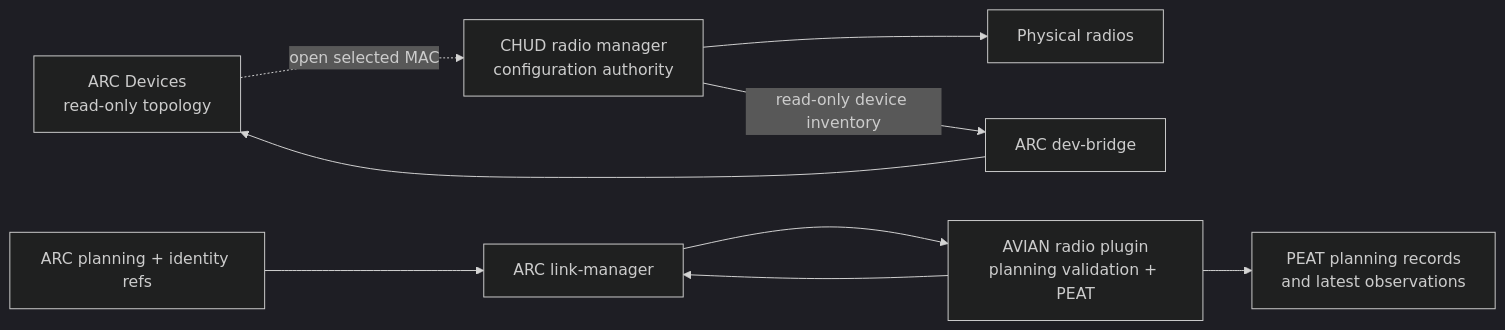
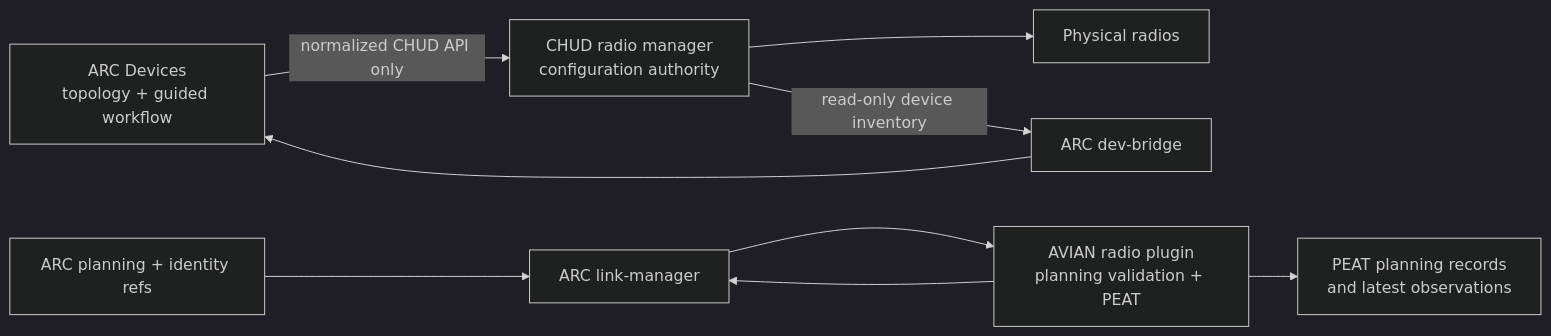
One commit to andrewodom18/AVIAN changed the diagram in docs/arc-radio-plugin.md. Above: the diagram before and after it, drawn with Mermaid (dark theme). The commit also changed other lines of this file and 9 other files, not shown here.

Commit message:
docs(radio): align AVIAN workflows with ARC main

````diff
--- a/docs/arc-radio-plugin.md
+++ b/docs/arc-radio-plugin.md
@@ -9,11 +9,11 @@
 ```mermaid
 flowchart LR
-    UI["ARC Devices\nread-only topology"] -. "open selected MAC" .-> CHUD["CHUD radio manager\nconfiguration authority"]
+    UI["ARC Devices\ntopology + guided workflow"] -- "normalized CHUD API only" --> CHUD["CHUD radio manager\nconfiguration authority"]
     CHUD --> RADIO["Physical radios"]
     CHUD -- "read-only device inventory" --> BRIDGE["ARC dev-bridge"]
     BRIDGE --> UI
     PLAN["ARC planning + identity refs"] --> LM["ARC link-manager"]
     LM --> PLUGIN["AVIAN radio plugin\nplanning validation + PEAT"]
     PLUGIN --> PEAT["PEAT planning records\nand latest observations"]
     PLUGIN --> LM
 ```
````
